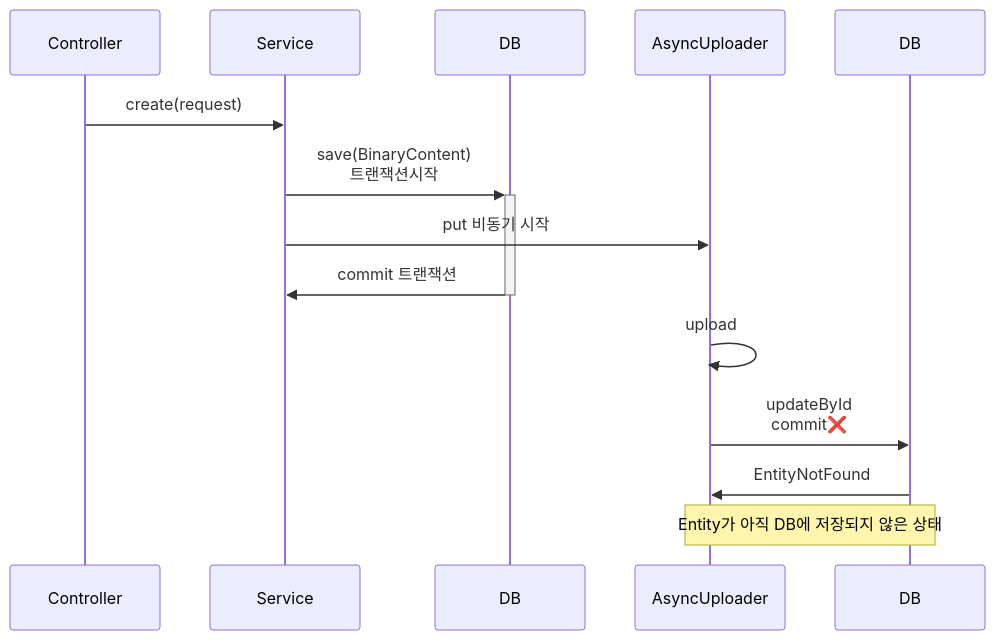
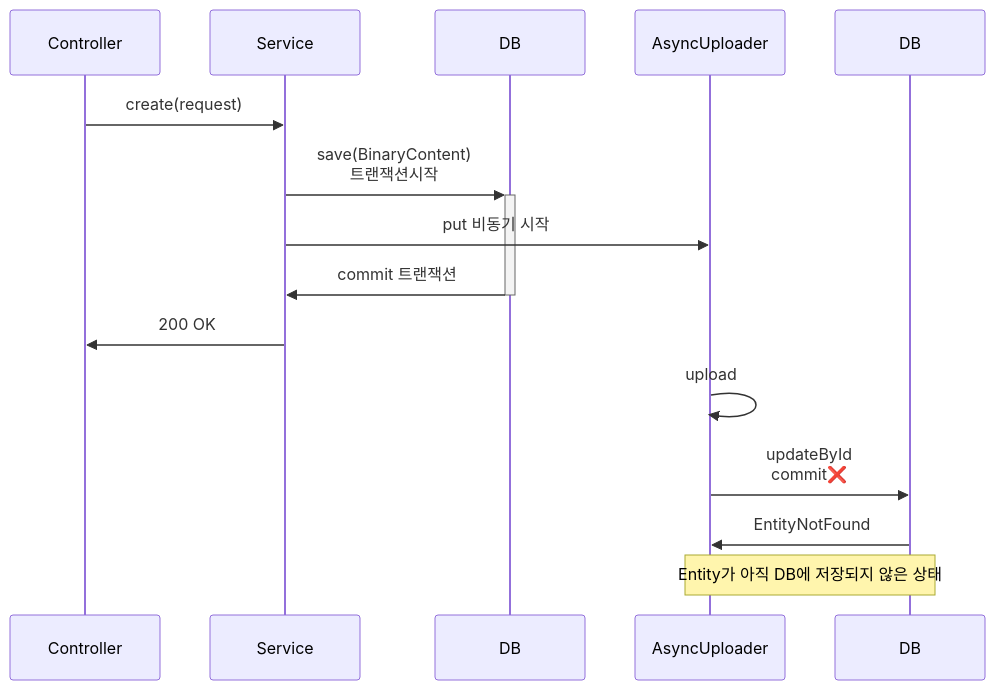
The sixth of 11 diagrams in README.md (codeit-bootcamp-spring/1-sprint-mission), drawn with Mermaid before and after one commit.

Commit message:
docs: update README to clarify transaction handling during asynchronous uploads

````diff
--- a/README.md
+++ b/README.md
@@ -201,16 +201,17 @@
 ```mermaid
 sequenceDiagram
   participant C as Controller
   participant S as Service
   participant D as DB
   participant AsyncUploader
 
   C->>S: create(request)
   S->>+D: save(BinaryContent)<br/>트랜잭션시작
   S->>AsyncUploader: put 비동기 시작
   D->>-S: commit 트랜잭션
+  S->>C: 200 OK
   AsyncUploader->>AsyncUploader: upload
   AsyncUploader->>DB: updateById<br/>commit❌
   DB->>AsyncUploader: EntityNotFound
   Note over AsyncUploader, DB: Entity가 아직 DB에 저장되지 않은 상태
 ```
````
